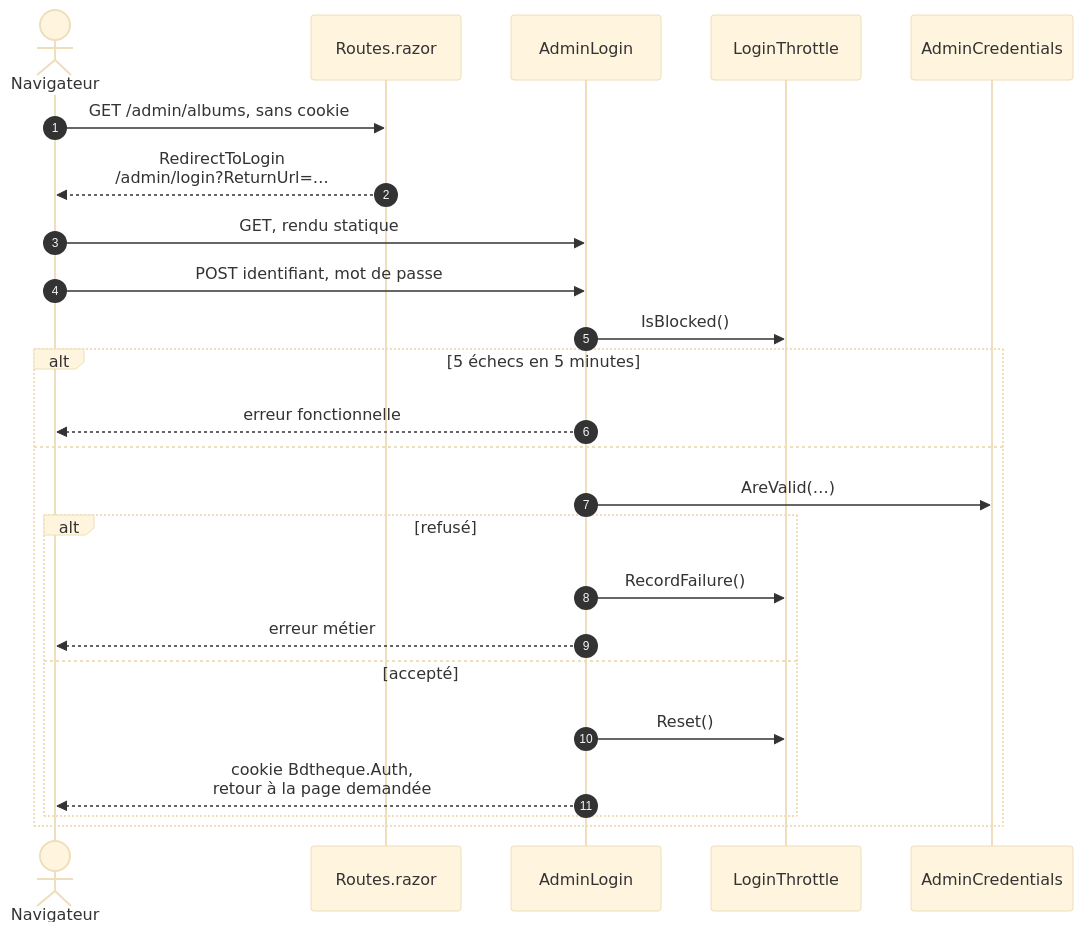
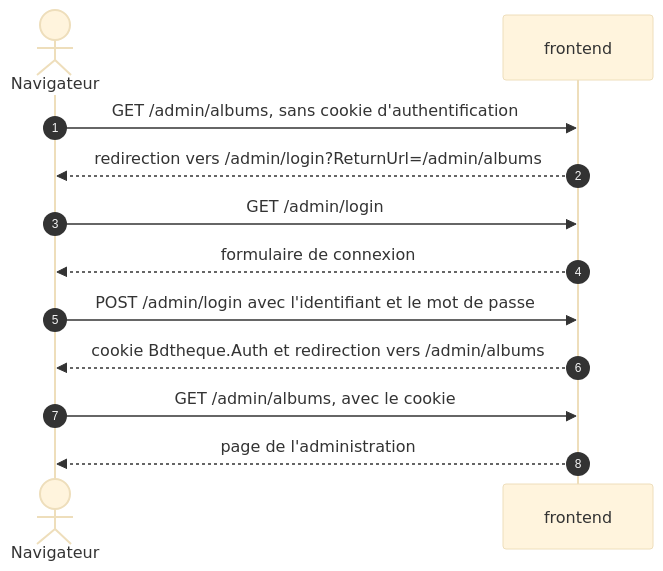
Before and after one commit to Tetram76/bdtheque-claude: the first of 3 diagrams in docs/tech/mecanismes/authentification-et-appels-internes.md, drawn with Mermaid (base theme). The commit also changed other lines of this file and 41 other files, not shown here.

````diff
--- a/docs/tech/mecanismes/authentification-et-appels-internes.md
+++ b/docs/tech/mecanismes/authentification-et-appels-internes.md
@@ -23,27 +25,15 @@
 ```mermaid
 sequenceDiagram
     autonumber
-    actor browser as Navigateur
-    participant router as Routes.razor
-    participant login as AdminLogin
-    participant throttle as LoginThrottle
-    participant credentials as AdminCredentials
+    actor navigateur as Navigateur
+    participant frontend as frontend
 
-    browser->>router: GET /admin/albums, sans cookie
-    router-->>browser: RedirectToLogin<br/>/admin/login?ReturnUrl=…
-    browser->>login: GET, rendu statique
-    browser->>login: POST identifiant, mot de passe
-    login->>throttle: IsBlocked()
-    alt 5 échecs en 5 minutes
-        login-->>browser: erreur fonctionnelle
-    else
-        login->>credentials: AreValid(…)
-        alt refusé
-            login->>throttle: RecordFailure()
-            login-->>browser: erreur métier
-        else accepté
-            login->>throttle: Reset()
-            login-->>browser: cookie Bdtheque.Auth,<br/>retour à la page demandée
-        end
-    end
+    navigateur->>frontend: GET /admin/albums, sans cookie d'authentification
+    frontend-->>navigateur: redirection vers /admin/login?ReturnUrl=/admin/albums
+    navigateur->>frontend: GET /admin/login
+    frontend-->>navigateur: formulaire de connexion
+    navigateur->>frontend: POST /admin/login avec l'identifiant et le mot de passe
+    frontend-->>navigateur: cookie Bdtheque.Auth et redirection vers /admin/albums
+    navigateur->>frontend: GET /admin/albums, avec le cookie
+    frontend-->>navigateur: page de l'administration
 ```
````
